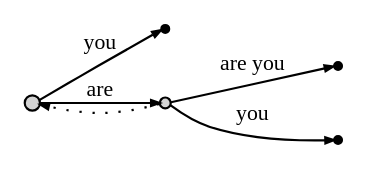
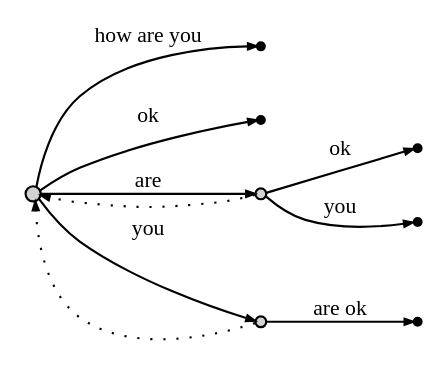
Before and after one commit to terenzio/ExtractionAlgorithm: the diagram in stackoverflowSuffixTree/SuffixTreeV1/st.dot, drawn with Graphviz. The commit also changed 7 other files, not shown here.

```diff
--- a/stackoverflowSuffixTree/SuffixTreeV1/st.dot
+++ b/stackoverflowSuffixTree/SuffixTreeV1/st.dot
@@ -1,18 +1,25 @@
 digraph {
 	rankdir = LR;
 	edge [arrowsize=0.4,fontsize=10]
 	node1 [label="",style=filled,fillcolor=lightgrey,shape=circle,width=.1,height=.1];
 //------leaves------
+	node7 [label="",shape=point]
+	node3 [label="",shape=point]
 	node2 [label="",shape=point]
-	node4 [label="",shape=point]
+	node8 [label="",shape=point]
 	node5 [label="",shape=point]
 //------internal nodes------
-	node3 [label="",style=filled,fillcolor=lightgrey,shape=circle,width=.07,height=.07]
+	node6 [label="",style=filled,fillcolor=lightgrey,shape=circle,width=.07,height=.07]
+	node4 [label="",style=filled,fillcolor=lightgrey,shape=circle,width=.07,height=.07]
 //------edges------
-	node1 -> node3 [label="are",weight=3]
-	node3 -> node2 [label="are you",weight=3]
-	node3 -> node4 [label="you",weight=3]
-	node1 -> node5 [label="you",weight=3]
+	node1 -> node6 [label="are",weight=3]
+	node6 -> node7 [label="ok",weight=3]
+	node6 -> node3 [label="you",weight=3]
+	node1 -> node2 [label="how are you",weight=3]
+	node1 -> node8 [label="ok",weight=3]
+	node1 -> node4 [label="you",weight=3]
+	node4 -> node5 [label="are ok",weight=3]
 //------suffix links------
-	node3 -> node1 [label="",weight=1,style=dotted]
+	node6 -> node1 [label="",weight=1,style=dotted]
+	node4 -> node1 [label="",weight=1,style=dotted]
 }
```
